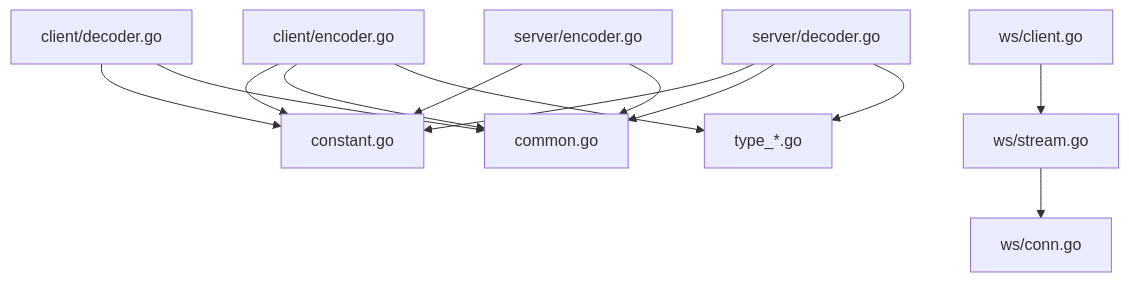
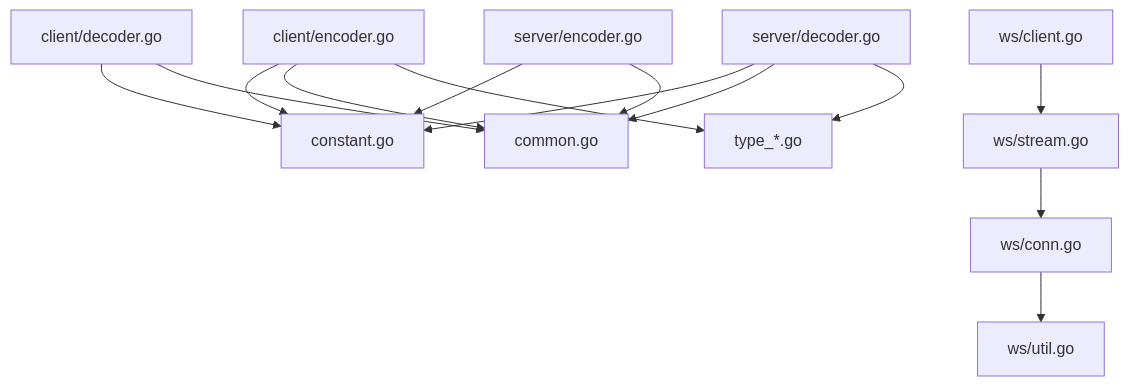
Diagram 11 of 11 in .agents/repowiki/zh/content/HTTP 服务器框架/编解码器系统.md (soyacen/goose), drawn with Mermaid before and after one commit. The commit also changed other lines of this file and 4 other files, not shown here.

````diff
--- a/.agents/repowiki/zh/content/HTTP 服务器框架/编解码器系统.md
+++ b/.agents/repowiki/zh/content/HTTP 服务器框架/编解码器系统.md
@@ -513,15 +521,16 @@
 ```mermaid
 graph TB
 CE["client/encoder.go"] --> Const["constant.go"]
 CE --> Common["common.go"]
 CE --> Types["type_*.go"]
 CD["client/decoder.go"] --> Const
 CD --> Common
 SE["server/encoder.go"] --> Const
 SE --> Common
 SD["server/decoder.go"] --> Const
 SD --> Common
 SD --> Types
 WS_Stream["ws/stream.go"] --> WS_Conn["ws/conn.go"]
 WS_Client["ws/client.go"] --> WS_Stream
+WS_Conn --> WS_Util["ws/util.go"]
 ```
````
